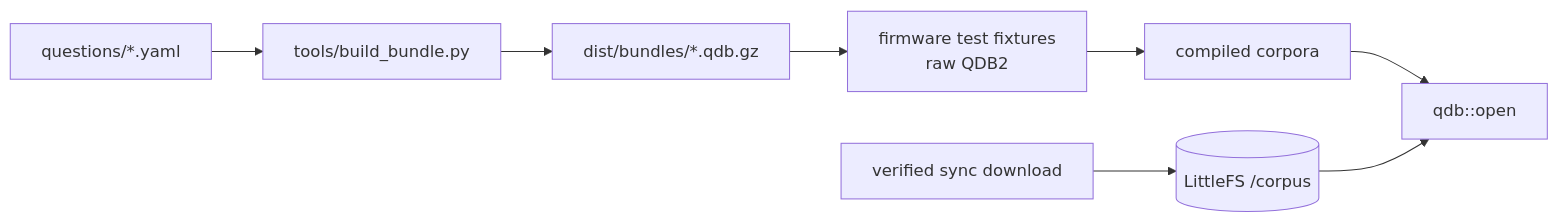
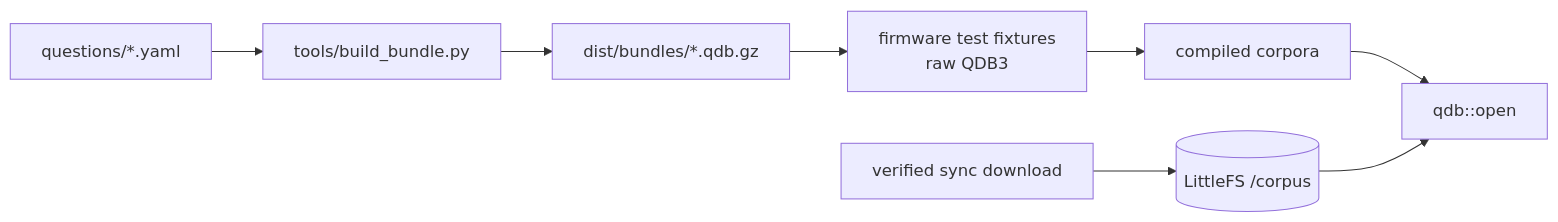
Before and after one commit to giacomomellone/cicala: the second of 9 diagrams in docs/firmware_architecture.md, drawn with Mermaid. The commit also changed other lines of this file and 15 other files, not shown here.

````diff
--- a/docs/firmware_architecture.md
+++ b/docs/firmware_architecture.md
@@ -108,10 +108,10 @@
 ```mermaid
 flowchart LR
     YAML[questions/*.yaml] --> BUILD[tools/build_bundle.py]
     BUILD --> GZIP[dist/bundles/*.qdb.gz]
-    GZIP --> RAW[firmware test fixtures<br/>raw QDB2]
+    GZIP --> RAW[firmware test fixtures<br/>raw QDB3]
     RAW --> EMBED[compiled corpora]
     HTTP[verified sync download] --> LFS[(LittleFS /corpus)]
     EMBED --> OPEN[qdb::open]
     LFS --> OPEN
 ```
````
